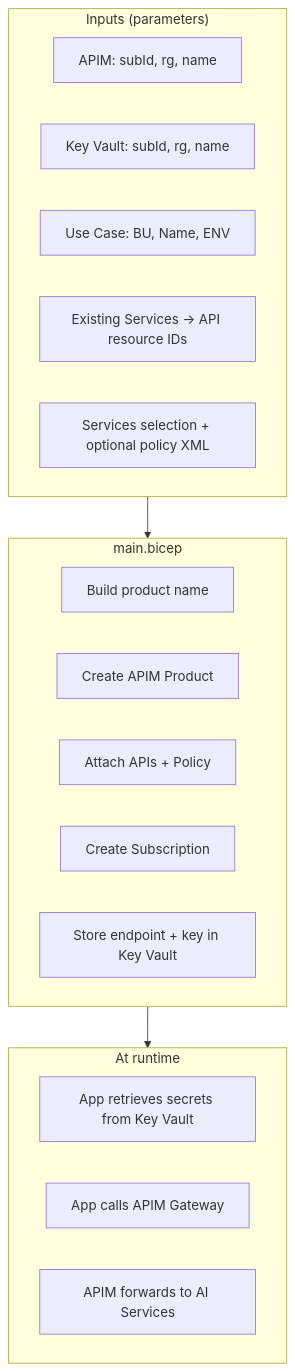
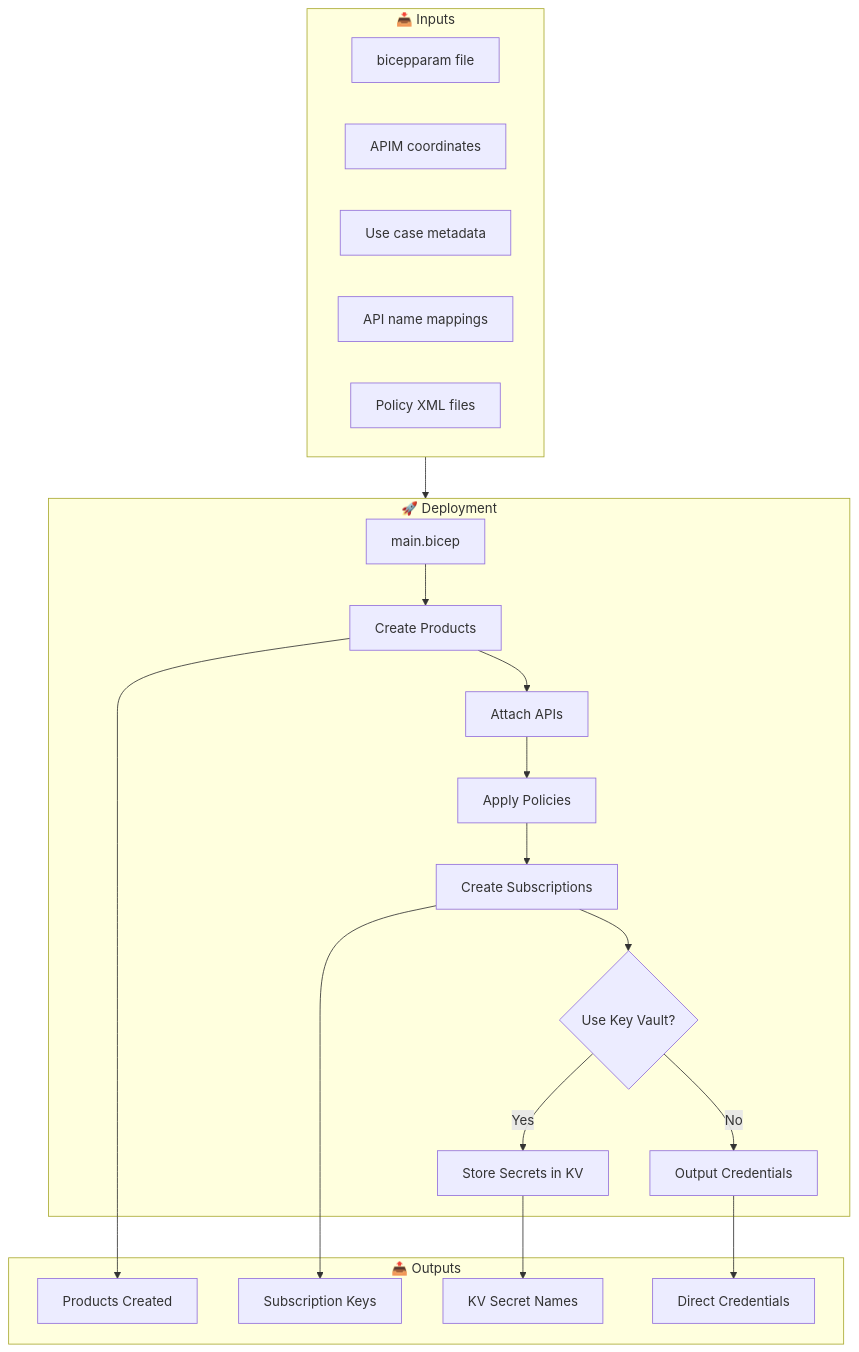
Before and after one commit to Azure-Samples/ai-hub-gateway-solution-accelerator: the first of 2 diagrams in bicep/infra/usecase-onboarding/README.md, drawn with Mermaid. The commit also changed other lines of this file and 24 other files, not shown here.

````diff
--- a/bicep/infra/usecase-onboarding/README.md
+++ b/bicep/infra/usecase-onboarding/README.md
@@ -20,26 +36,35 @@
 ```mermaid
 flowchart TB
-  subgraph Input["Inputs (parameters)"]
-    P1[APIM: subId, rg, name]
-    P2[Key Vault: subId, rg, name]
-    P3[Use Case: BU, Name, ENV]
-    P4[Existing Services → API resource IDs]
-    P5[Services selection + optional policy XML]
-  end
+    subgraph Input["📥 Inputs"]
+        P1[bicepparam file]
+        P2[APIM coordinates]
+        P3[Use case metadata]
+        P4[API name mappings]
+        P5[Policy XML files]
+    end
 
-  subgraph Orchestrator["main.bicep"]
-    O1[Build product name]
-    O2[Create APIM Product]
-    O3[Attach APIs + Policy]
-    O4[Create Subscription]
-    O5[Store endpoint + key in Key Vault]
-  end
+    subgraph Deploy["🚀 Deployment"]
+        D1[main.bicep]
+        D2[Create Products]
+        D3[Attach APIs]
+        D4[Apply Policies]
+        D5[Create Subscriptions]
+        D6{Use Key Vault?}
+        D7[Store Secrets in KV]
+        D8[Output Credentials]
+    end
 
-  subgraph Runtime["At runtime"]
-    A1[App retrieves secrets from Key Vault]
-    A2[App calls APIM Gateway]
-    A3[APIM forwards to AI Services]
-  end
+    subgraph Output["📤 Outputs"]
+        O1[Products Created]
+        O2[Subscription Keys]
+        O3[KV Secret Names]
+        O4[Direct Credentials]
+    end
 
-  Input --> Orchestrator --> Runtime
+    Input --> Deploy
+    D1 --> D2 --> D3 --> D4 --> D5 --> D6
+    D6 -->|Yes| D7 --> O3
+    D6 -->|No| D8 --> O4
+    D2 --> O1
+    D5 --> O2
 ```
````
